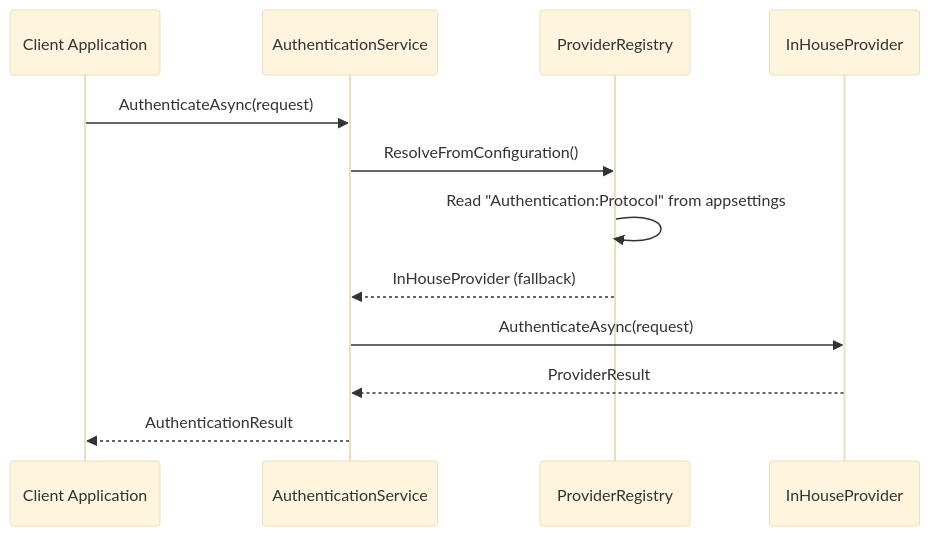
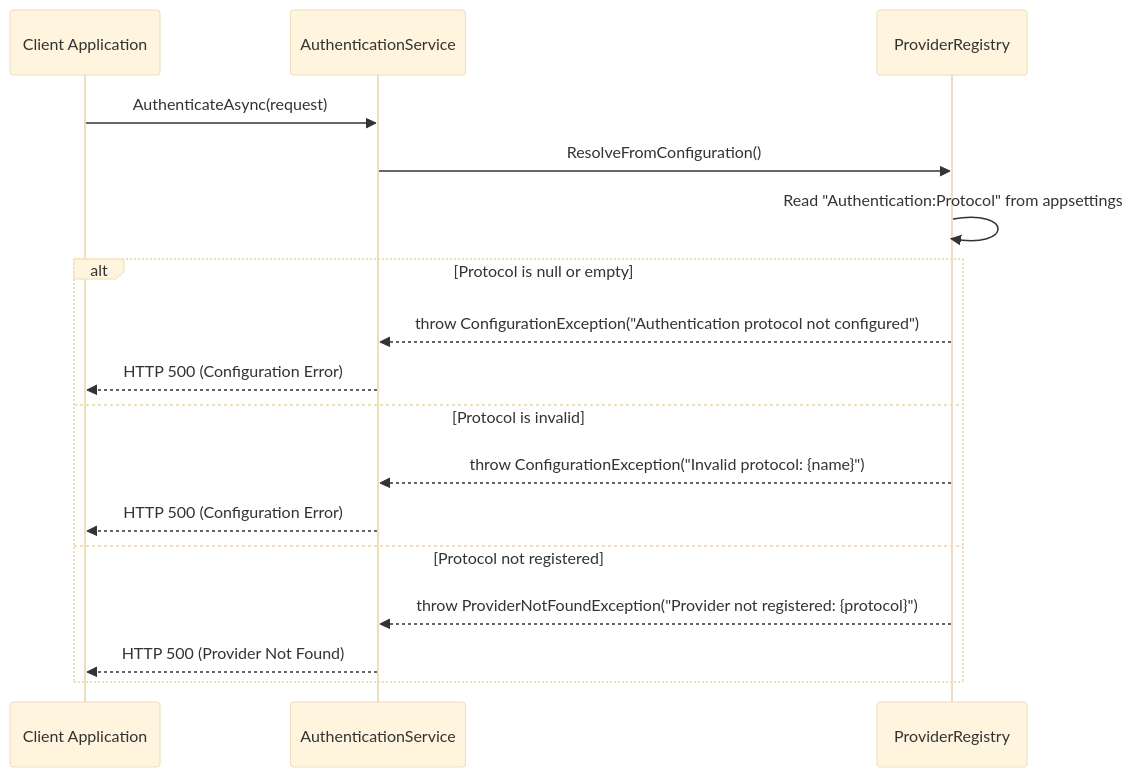
The fourth of 4 diagrams in .kiro/specs/authentication-module/design.md (Deepak0792/OfficeIntranet), drawn with Mermaid (base theme) before and after one commit. The commit also changed other lines of this file and 1 other file, not shown here.

````diff
--- a/.kiro/specs/authentication-module/design.md
+++ b/.kiro/specs/authentication-module/design.md
@@ -89,15 +140,20 @@
 ```mermaid
 sequenceDiagram
     participant App as Client Application
     participant AS as AuthenticationService
     participant PR as ProviderRegistry
-    participant IH as InHouseProvider
 
     App->>AS: AuthenticateAsync(request)
     AS->>PR: ResolveFromConfiguration()
     PR->>PR: Read "Authentication:Protocol" from appsettings
-    PR-->>AS: InHouseProvider (fallback)
-    AS->>IH: AuthenticateAsync(request)
-    IH-->>AS: ProviderResult
-    AS-->>App: AuthenticationResult
+    alt Protocol is null or empty
+        PR-->>AS: throw ConfigurationException("Authentication protocol not configured")
+        AS-->>App: HTTP 500 (Configuration Error)
+    else Protocol is invalid
+        PR-->>AS: throw ConfigurationException("Invalid protocol: {name}")
+        AS-->>App: HTTP 500 (Configuration Error)
+    else Protocol not registered
+        PR-->>AS: throw ProviderNotFoundException("Provider not registered: {protocol}")
+        AS-->>App: HTTP 500 (Provider Not Found)
+    end
 ```
````
